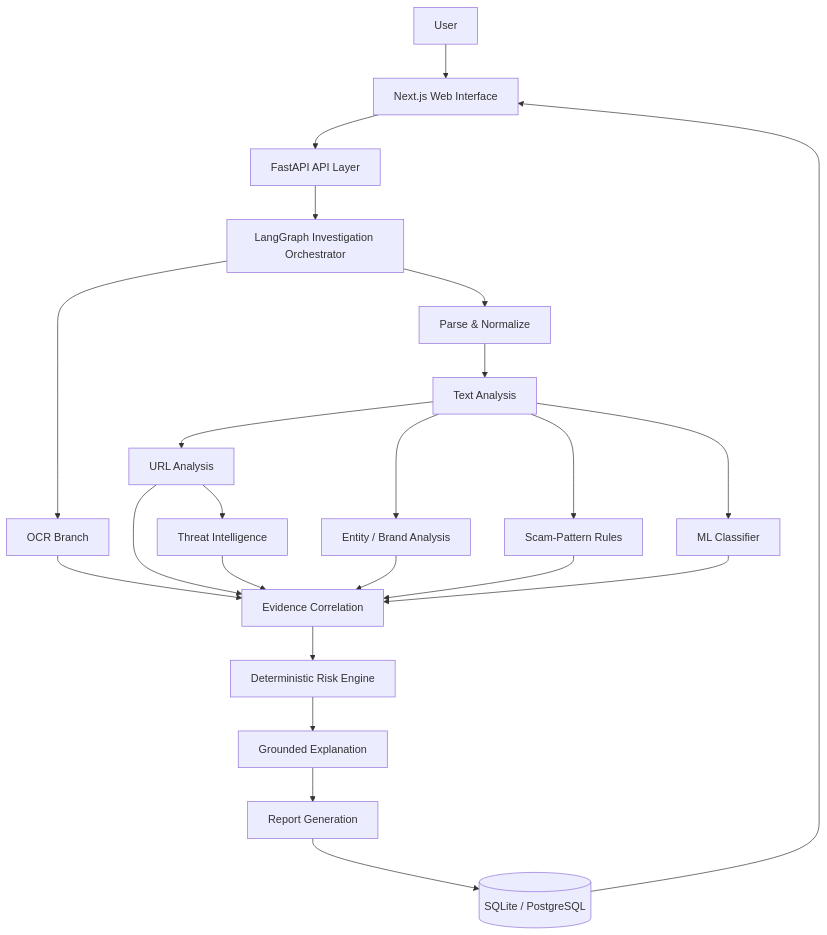
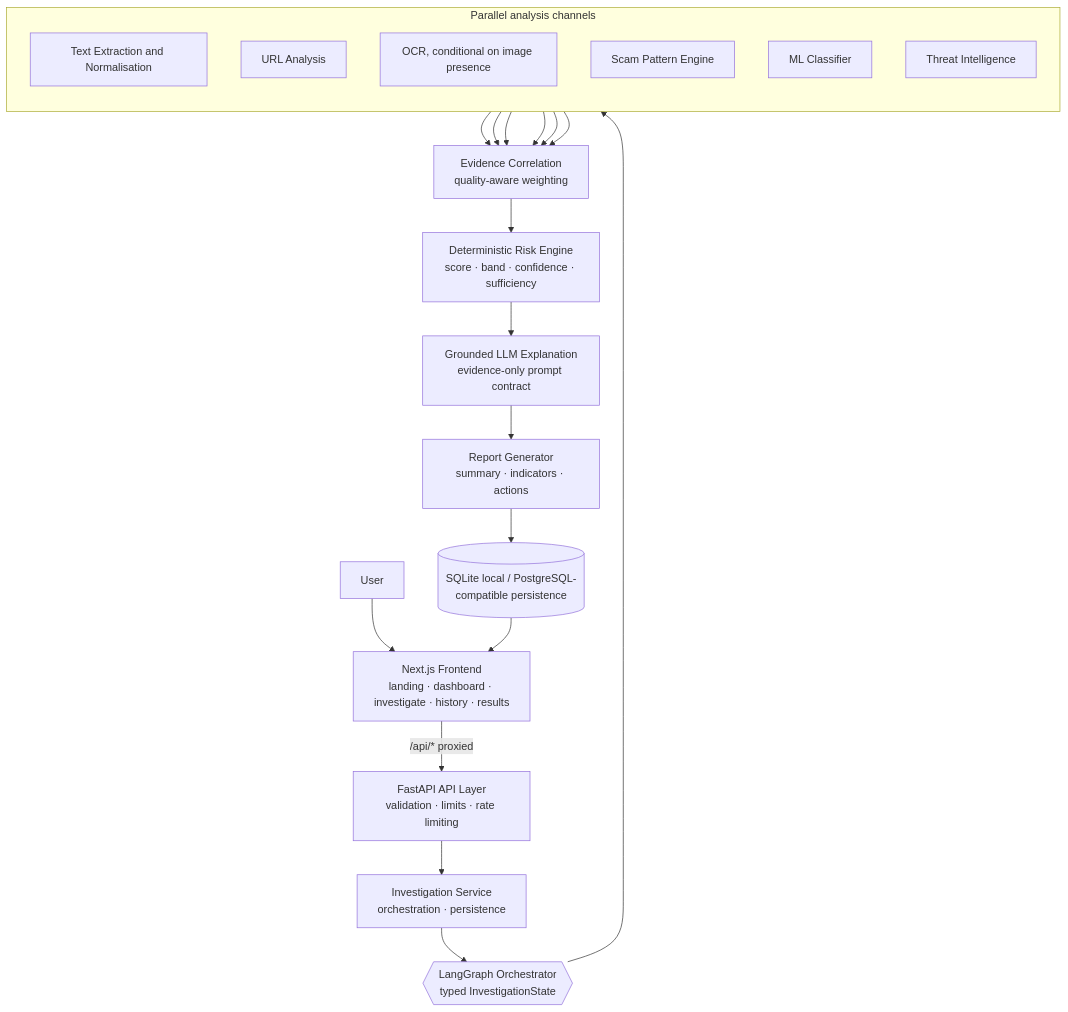
Before and after one commit to udayrastogi0531/Ai-digital-scam-investigator: the first of 2 diagrams in README.md, drawn with Mermaid. The commit also changed other lines of this file, not shown here.

First line of the commit message:
docs: rebuild README as a product landing page

````diff
--- a/README.md
+++ b/README.md
@@ -152,30 +234,31 @@
 ```mermaid
 flowchart TD
-    U[User] --> UI[Next.js Web Interface]
-    UI --> API[FastAPI API Layer]
+    U[User] --> FE["Next.js Frontend<br/>landing · dashboard · investigate · history · results"]
+    FE -->|"/api/* proxied"| API["FastAPI API Layer<br/>validation · limits · rate limiting"]
+    API --> SVC["Investigation Service<br/>orchestration · persistence"]
+    SVC --> ORCH{{"LangGraph Orchestrator<br/>typed InvestigationState"}}
 
-    API --> INV[LangGraph Investigation Orchestrator]
+    subgraph CH["Parallel analysis channels"]
+        direction TB
+        TEXT["Text Extraction and Normalisation"]
+        URLNODE["URL Analysis"]
+        OCRNODE["OCR, conditional on image presence"]
+        PAT["Scam Pattern Engine"]
+        MLNODE["ML Classifier"]
+        INTEL["Threat Intelligence"]
+    end
 
-    INV --> OCR[OCR Branch]
-    INV --> PARSE[Parse & Normalize]
-    PARSE --> TXT[Text Analysis]
-    TXT --> URL[URL Analysis]
-    URL --> INTEL[Threat Intelligence]
-    TXT --> ENT[Entity / Brand Analysis]
-    TXT --> PAT[Scam-Pattern Rules]
-    TXT --> ML[ML Classifier]
+    ORCH --> CH
+    TEXT --> CORR["Evidence Correlation<br/>quality-aware weighting"]
+    URLNODE --> CORR
+    OCRNODE --> CORR
+    PAT --> CORR
+    MLNODE --> CORR
+    INTEL --> CORR
 
-    OCR --> CORR[Evidence Correlation]
-    URL --> CORR
-    INTEL --> CORR
-    ENT --> CORR
-    PAT --> CORR
-    ML --> CORR
-
-    CORR --> RISK[Deterministic Risk Engine]
-    RISK --> EXPLAIN[Grounded Explanation]
-    EXPLAIN --> REPORT[Report Generation]
-
-    REPORT --> DB[(SQLite / PostgreSQL)]
-    DB --> UI
+    CORR --> RISK["Deterministic Risk Engine<br/>score · band · confidence · sufficiency"]
+    RISK --> LLMN["Grounded LLM Explanation<br/>evidence-only prompt contract"]
+    LLMN --> REP["Report Generator<br/>summary · indicators · actions"]
+    REP --> DB[("SQLite local / PostgreSQL-compatible persistence")]
+    DB --> FE
 ```
````
